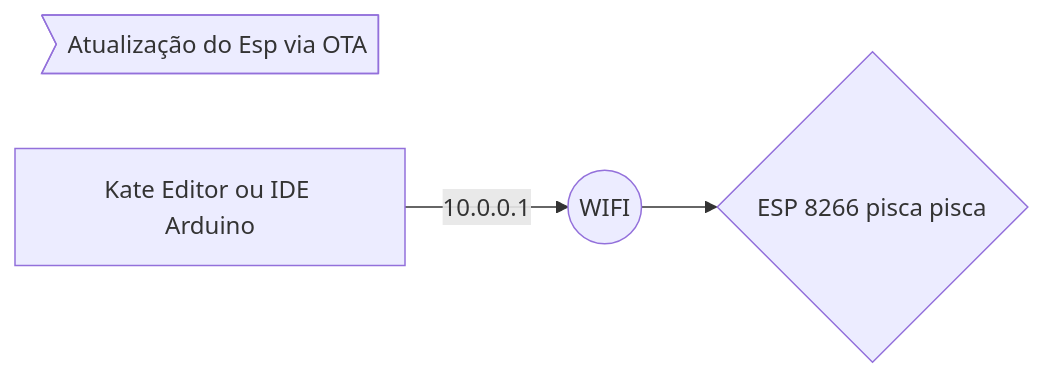
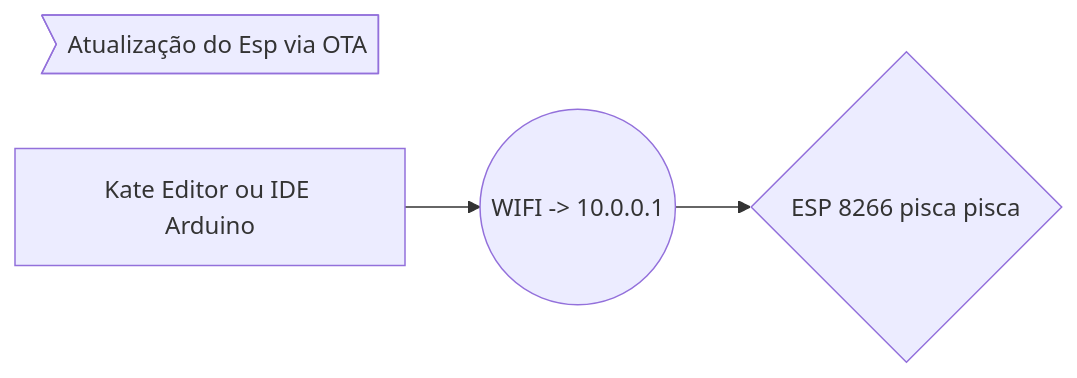
One commit to Condiolov/AppCasa changed the first of 3 diagrams in README.md. Above: the diagram before and after it, drawn with Mermaid. The commit also changed other lines of this file, not shown here.

````diff
--- a/README.md
+++ b/README.md
@@ -12,8 +12,8 @@
 ```mermaid
 graph LR
 NOTA>Atualização do Esp via OTA]
-A[Kate Editor ou IDE Arduino] -- 10.0.0.1 --> B((WIFI))
+A[Kate Editor ou IDE Arduino] --> B((WIFI -> 10.0.0.1))
 
 B --> D{ESP 8266 pisca pisca}
 
 ```
````
